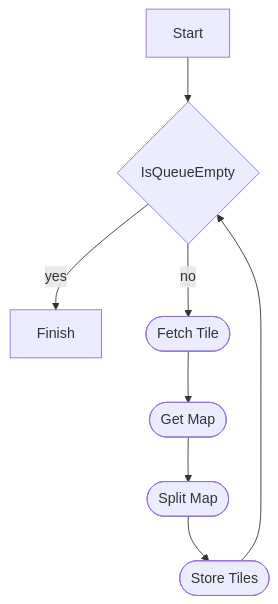
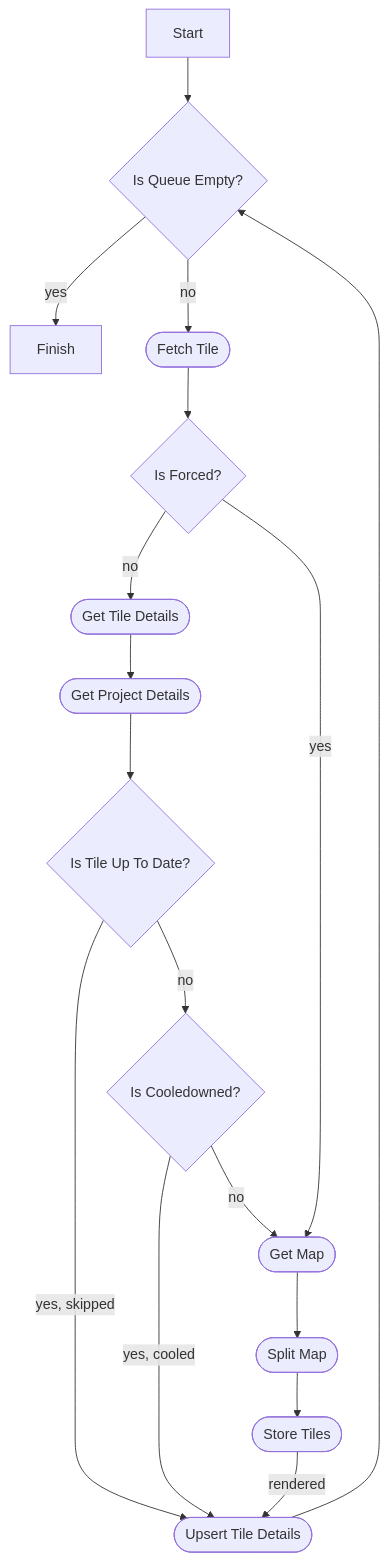
Before and after one commit to MapColonies/retiler: the diagram in README.md, drawn with Mermaid. The commit also changed 5 other files, not shown here.

````diff
--- a/README.md
+++ b/README.md
@@ -19,10 +19,19 @@
 ```mermaid
 flowchart TD
-    A[Start] --> B{IsQueueEmpty}
+    A[Start] --> B{Is Queue Empty?}
     B -- yes --> G[Finish]
     B -- no --> C([Fetch Tile])
-    C -->D([Get Map])
+    C --> I{Is Forced?}
+    I -- no -->J([Get Tile Details])
+    J -->N([Get Project Details])
+    N -->M{Is Tile Up To Date?}
+    M -- yes, skipped -->H
+    M -- no -->O{Is Cooledowned?}
+    O -- yes, cooled --> H
+    O -- no --> D
+    I -- yes -->D([Get Map])
     D -->E([Split Map])
     E -->F([Store Tiles])
-    F --> B
+    F -- rendered -->H([Upsert Tile Details])
+    H --> B
 ```
````
